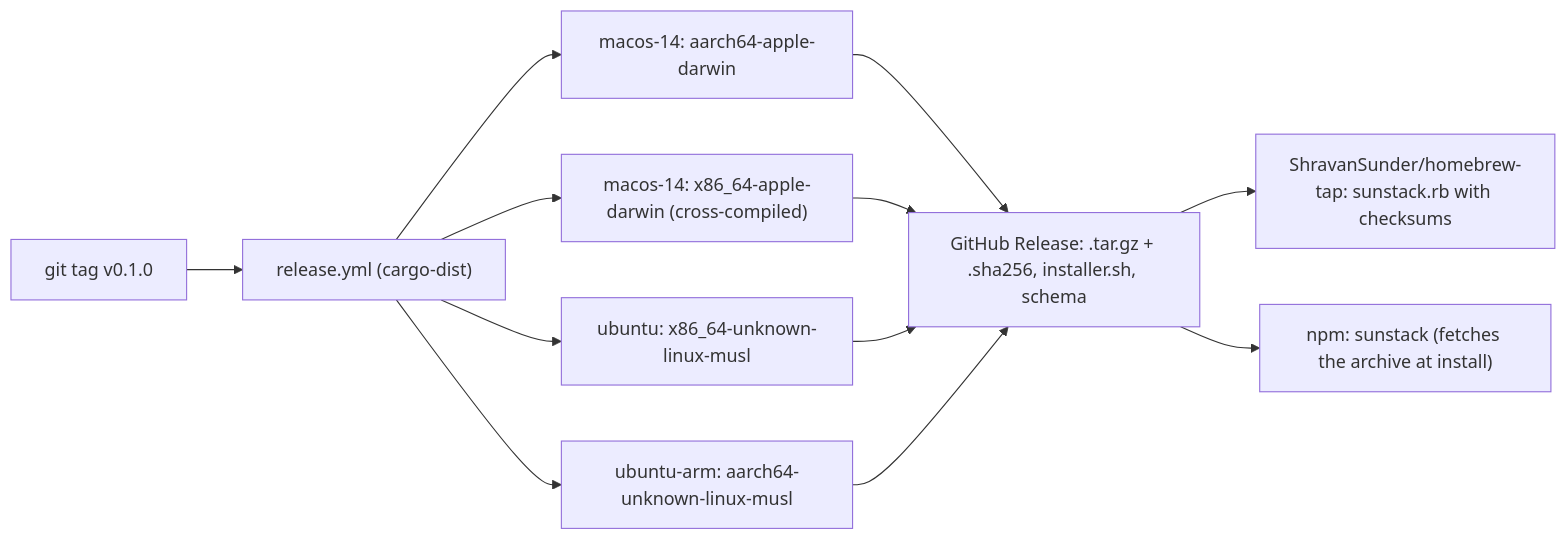
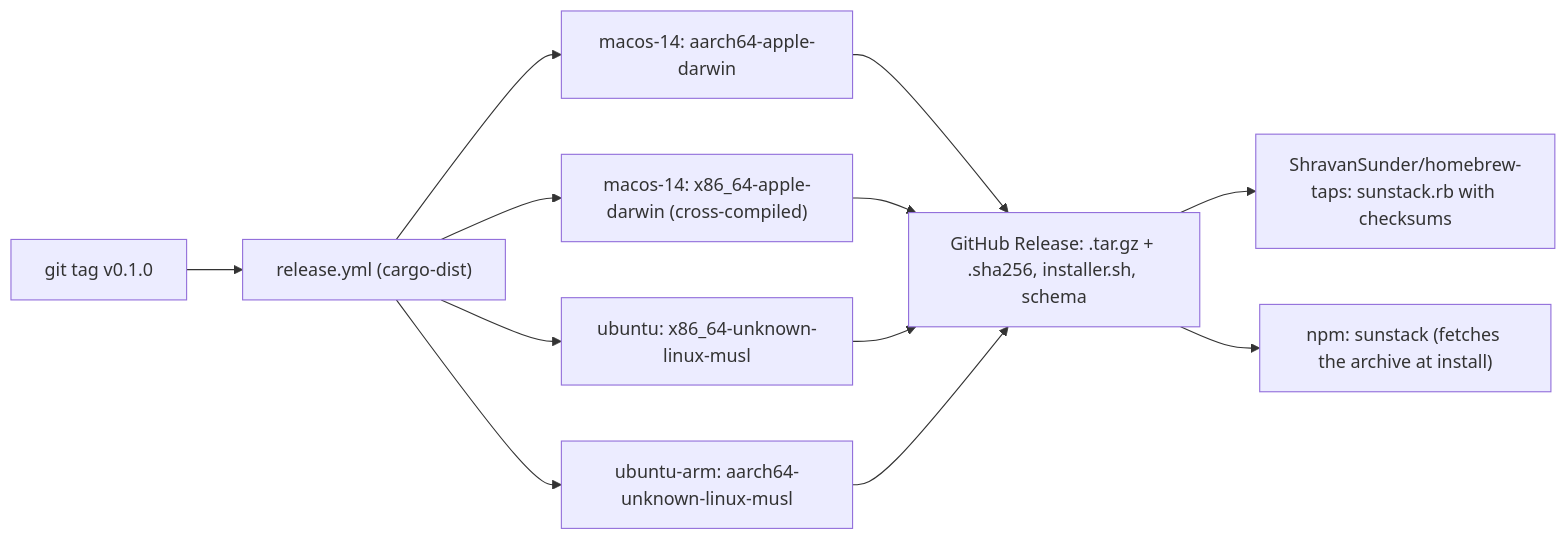
One commit to ShravanSunder/sunstack-tools changed the third of 3 diagrams in docs/specs/2026-10-18-sunstack-runner/program-design.md. Above: the diagram before and after it, drawn with Mermaid. The commit also changed other lines of this file and 4 other files, not shown here.

First line of the commit message:
fix(release): publish the formula to the existing homebrew-taps with a deploy key

````diff
--- a/docs/specs/2026-10-18-sunstack-runner/program-design.md
+++ b/docs/specs/2026-10-18-sunstack-runner/program-design.md
@@ -277,11 +277,11 @@
 ```mermaid
 flowchart LR
   tag["git tag v0.1.0"] --> wf["release.yml (cargo-dist)"]
   wf --> b1["macos-14: aarch64-apple-darwin"]
   wf --> b2["macos-14: x86_64-apple-darwin (cross-compiled)"]
   wf --> b3["ubuntu: x86_64-unknown-linux-musl"]
   wf --> b4["ubuntu-arm: aarch64-unknown-linux-musl"]
   b1 & b2 & b3 & b4 --> rel["GitHub Release: .tar.gz + .sha256, installer.sh, schema"]
-  rel --> tap["ShravanSunder/homebrew-tap: sunstack.rb with checksums"]
+  rel --> tap["ShravanSunder/homebrew-taps: sunstack.rb with checksums"]
   rel --> npm["npm: sunstack (fetches the archive at install)"]
 ```
````
